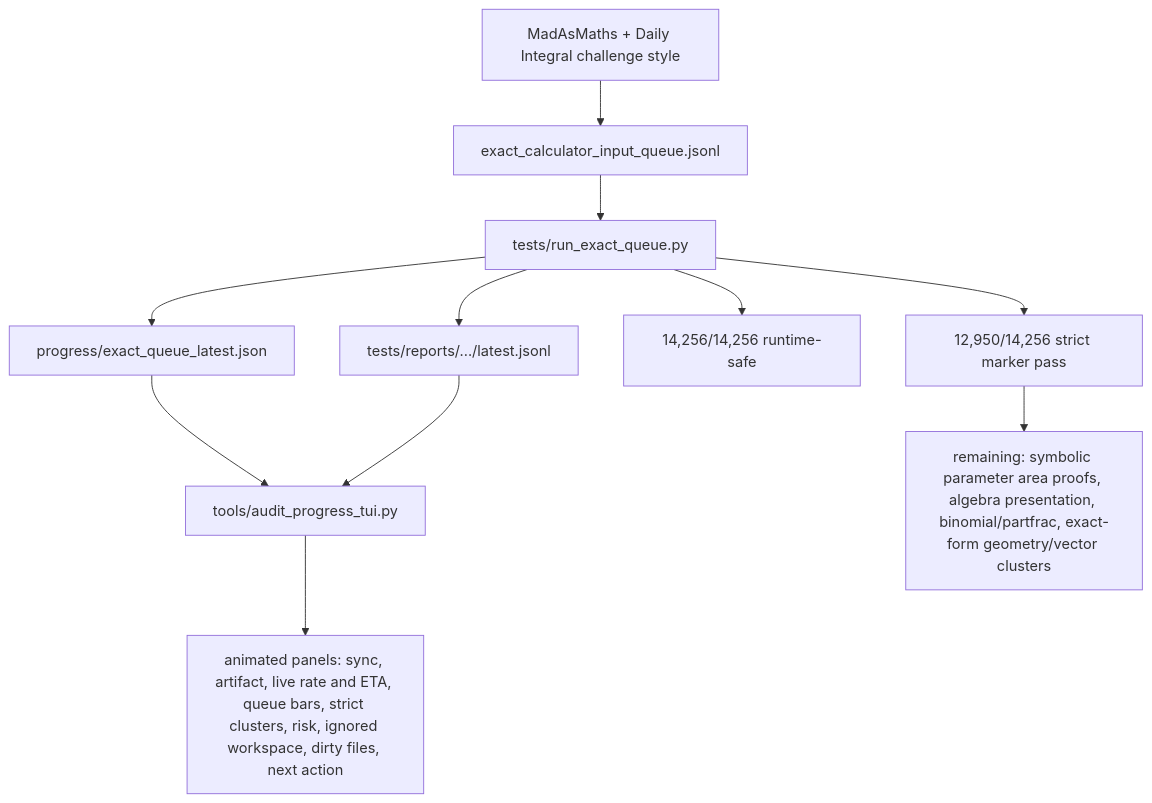
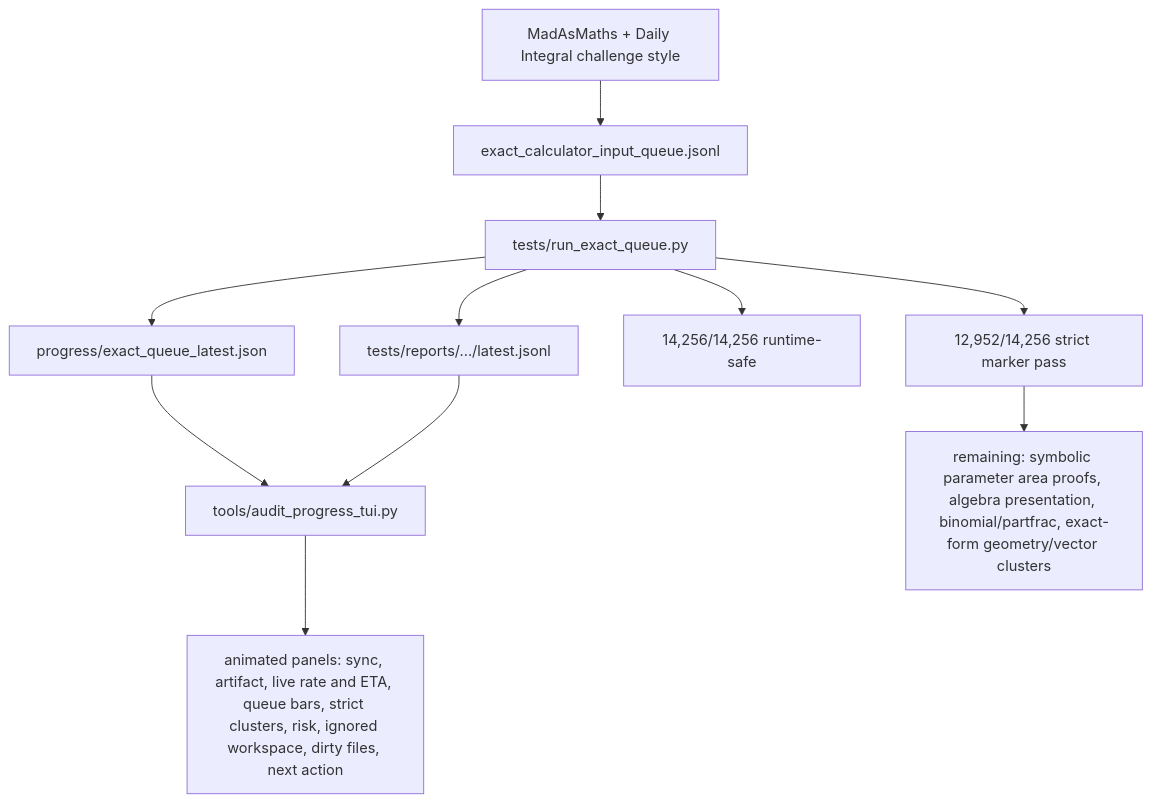
Before and after one commit to james8464/notes-addin-casio-fx-cg50: the fifth of 6 diagrams in docs/GRAPH.md, drawn with Mermaid. The commit also changed other lines of this file and 3 other files, not shown here.

````diff
--- a/docs/GRAPH.md
+++ b/docs/GRAPH.md
@@ -60,13 +60,13 @@
 ```mermaid
 graph TD
   Online["MadAsMaths + Daily Integral challenge style"] --> Queue["exact_calculator_input_queue.jsonl"]
   Queue --> Runner["tests/run_exact_queue.py"]
   Runner --> Live["progress/exact_queue_latest.json"]
   Runner --> Report["tests/reports/.../latest.jsonl"]
   Live --> TUI["tools/audit_progress_tui.py"]
   Report --> TUI
   TUI --> Panels["animated panels: sync, artifact, live rate and ETA, queue bars, strict clusters, risk, ignored workspace, dirty files, next action"]
   Runner --> Runtime["14,256/14,256 runtime-safe"]
-  Runner --> Strict["12,950/14,256 strict marker pass"]
+  Runner --> Strict["12,952/14,256 strict marker pass"]
   Strict --> Remaining["remaining: symbolic parameter area proofs, algebra presentation, binomial/partfrac, exact-form geometry/vector clusters"]
 ```
````
